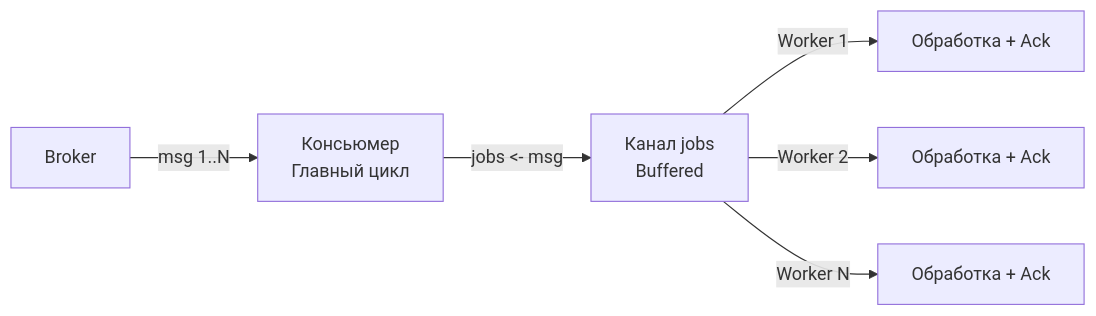
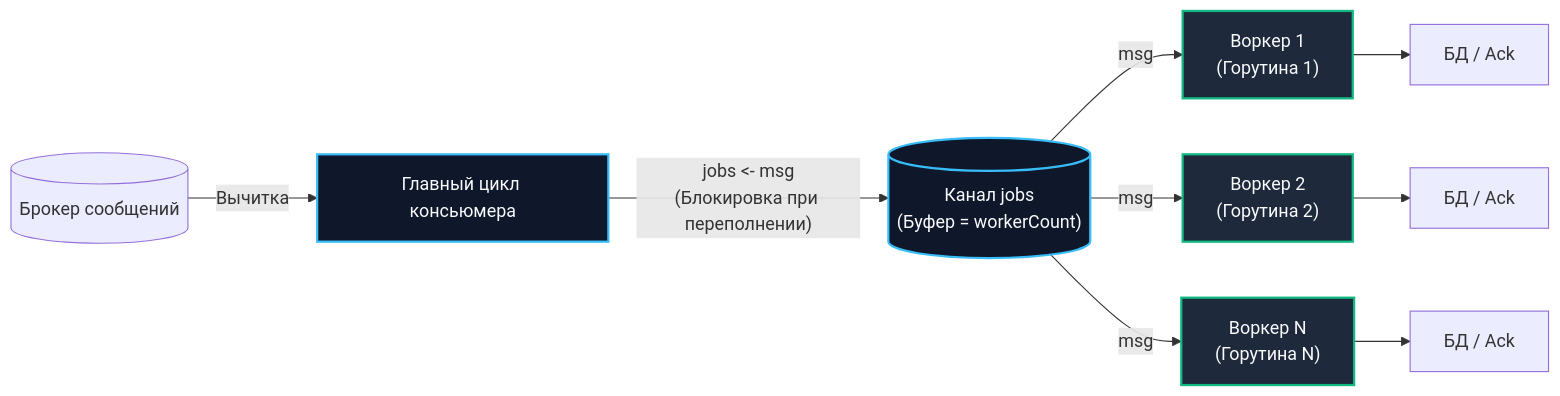
The second of 3 diagrams in sources/13. Очереди, брокеры сообщений и оркестраторы/07. Практика/3. Параллелизм обработки сообщений.md (UnrealTemplier/go-textbook), drawn with Mermaid before and after one commit. The commit also changed other lines of this file, not shown here.

````diff
--- a/sources/13. Очереди, брокеры сообщений и оркестраторы/07. Практика/3. Параллелизм обработки сообщений.md
+++ b/sources/13. Очереди, брокеры сообщений и оркестраторы/07. Практика/3. Параллелизм обработки сообщений.md
@@ -26,8 +59,18 @@
 ```mermaid
 flowchart LR
-    A["Broker"] -->|"msg 1..N"| B["Консьюмер<br>Главный цикл"]
-    B -->|"jobs <- msg"| C["Канал jobs<br>Buffered"]
-    C -->|"Worker 1"| D["Обработка + Ack"]
-    C -->|"Worker 2"| E["Обработка + Ack"]
-    C -->|"Worker N"| F["Обработка + Ack"]
+    Broker[("Брокер сообщений")] -->|"Вычитка"| Dispatcher["Главный цикл консьюмера"]
+    Dispatcher -->|"jobs <- msg<br>(Блокировка при переполнении)"| Queue[("Канал jobs<br>(Буфер = workerCount)")]
+    
+    Queue -->|"msg"| W1["Воркер 1<br>(Горутина 1)"]
+    Queue -->|"msg"| W2["Воркер 2<br>(Горутина 2)"]
+    Queue -->|"msg"| WN["Воркер N<br>(Горутина N)"]
+    
+    W1 --> Ack1["БД / Ack"]
+    W2 --> Ack2["БД / Ack"]
+    WN --> AckN["БД / Ack"]
+
+    classDef bnd fill:#0f172a,stroke:#38bdf8,stroke-width:2px,color:#f8fafc;
+    classDef wrk fill:#1e293b,stroke:#10b981,stroke-width:2px,color:#f8fafc;
+    class Dispatcher,Queue bnd;
+    class W1,W2,WN wrk;
 ```
````
